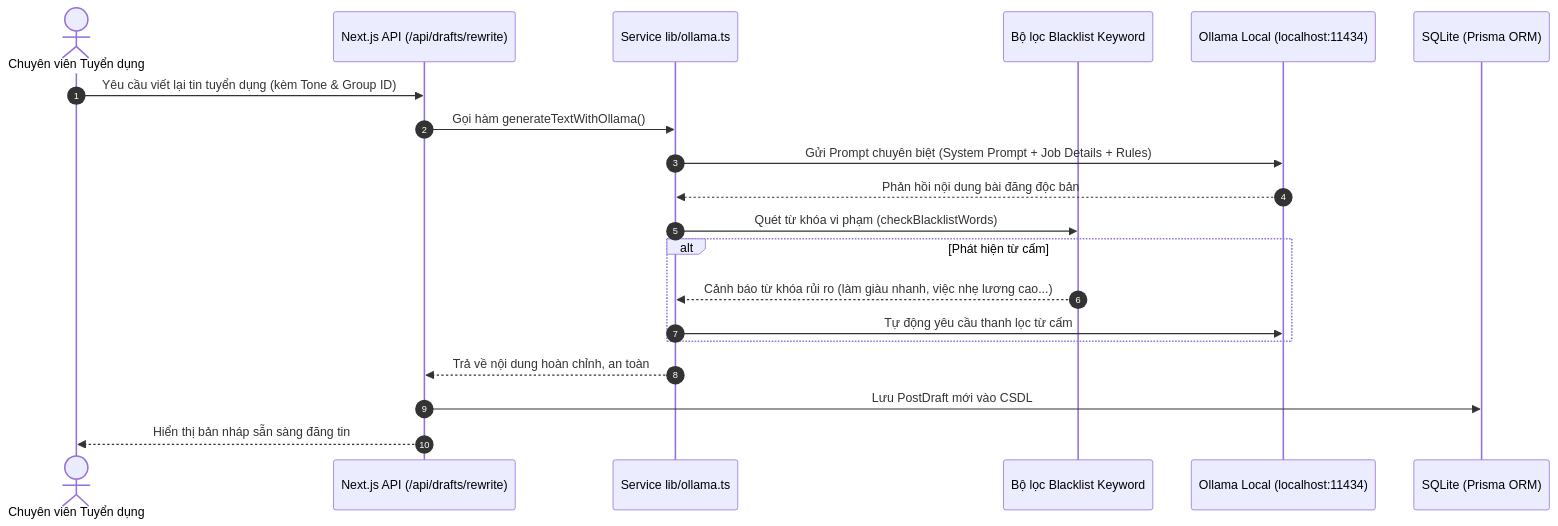
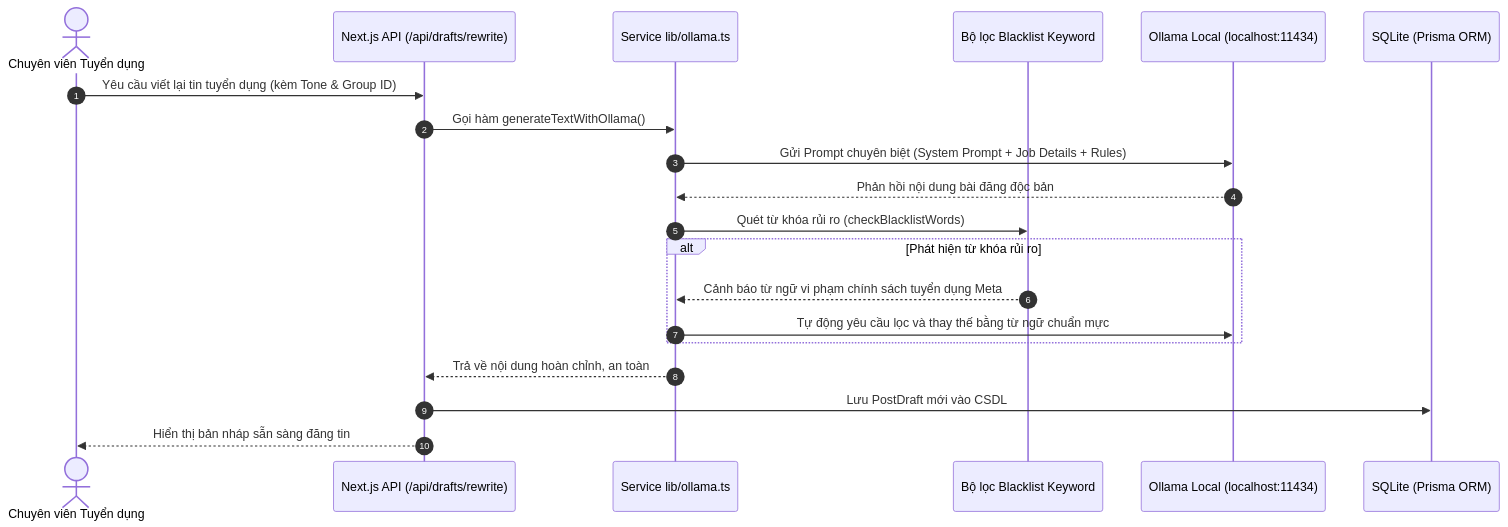
The third of 9 diagrams in docs/Báo cáo tiến độ thực tập lần 2 - Ngô Công Thành.md (thanh063456/luaga), drawn with Mermaid before and after one commit. The commit also changed other lines of this file and 1 other file, not shown here.

````diff
--- a/docs/Báo cáo tiến độ thực tập lần 2 - Ngô Công Thành.md
+++ b/docs/Báo cáo tiến độ thực tập lần 2 - Ngô Công Thành.md
@@ -110,23 +110,23 @@
 ```mermaid
 sequenceDiagram
     autonumber
     actor HR as Chuyên viên Tuyển dụng
     participant Web as Next.js API (/api/drafts/rewrite)
     participant Lib as Service lib/ollama.ts
     participant Blacklist as Bộ lọc Blacklist Keyword
     participant Ollama as Ollama Local (localhost:11434)
     participant DB as SQLite (Prisma ORM)
 
     HR->>Web: Yêu cầu viết lại tin tuyển dụng (kèm Tone & Group ID)
     Web->>Lib: Gọi hàm generateTextWithOllama()
     Lib->>Ollama: Gửi Prompt chuyên biệt (System Prompt + Job Details + Rules)
     Ollama-->>Lib: Phản hồi nội dung bài đăng độc bản
-    Lib->>Blacklist: Quét từ khóa vi phạm (checkBlacklistWords)
-    alt Phát hiện từ cấm
-        Blacklist-->>Lib: Cảnh báo từ khóa rủi ro (làm giàu nhanh, việc nhẹ lương cao...)
-        Lib->>Ollama: Tự động yêu cầu thanh lọc từ cấm
+    Lib->>Blacklist: Quét từ khóa rủi ro (checkBlacklistWords)
+    alt Phát hiện từ khóa rủi ro
+        Blacklist-->>Lib: Cảnh báo từ ngữ vi phạm chính sách tuyển dụng Meta
+        Lib->>Ollama: Tự động yêu cầu lọc và thay thế bằng từ ngữ chuẩn mực
     end
     Lib-->>Web: Trả về nội dung hoàn chỉnh, an toàn
     Web->>DB: Lưu PostDraft mới vào CSDL
     Web-->>HR: Hiển thị bản nháp sẵn sàng đăng tin
 ```
````
